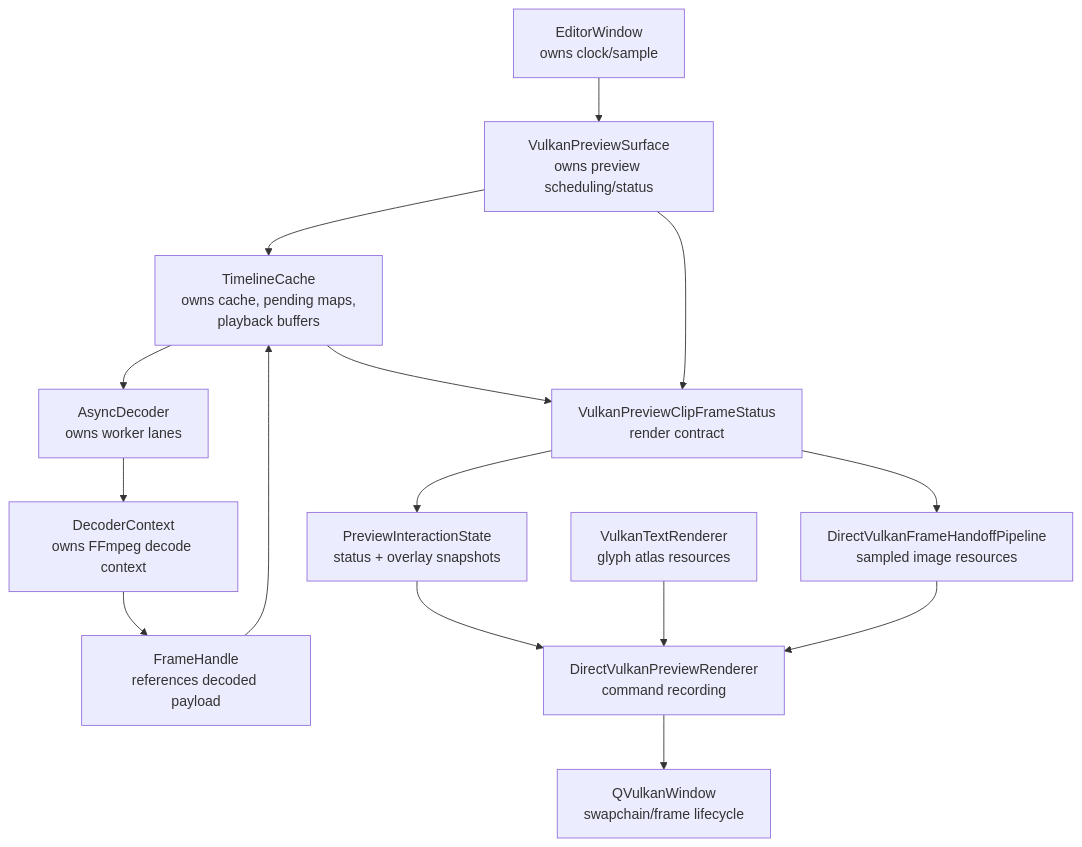
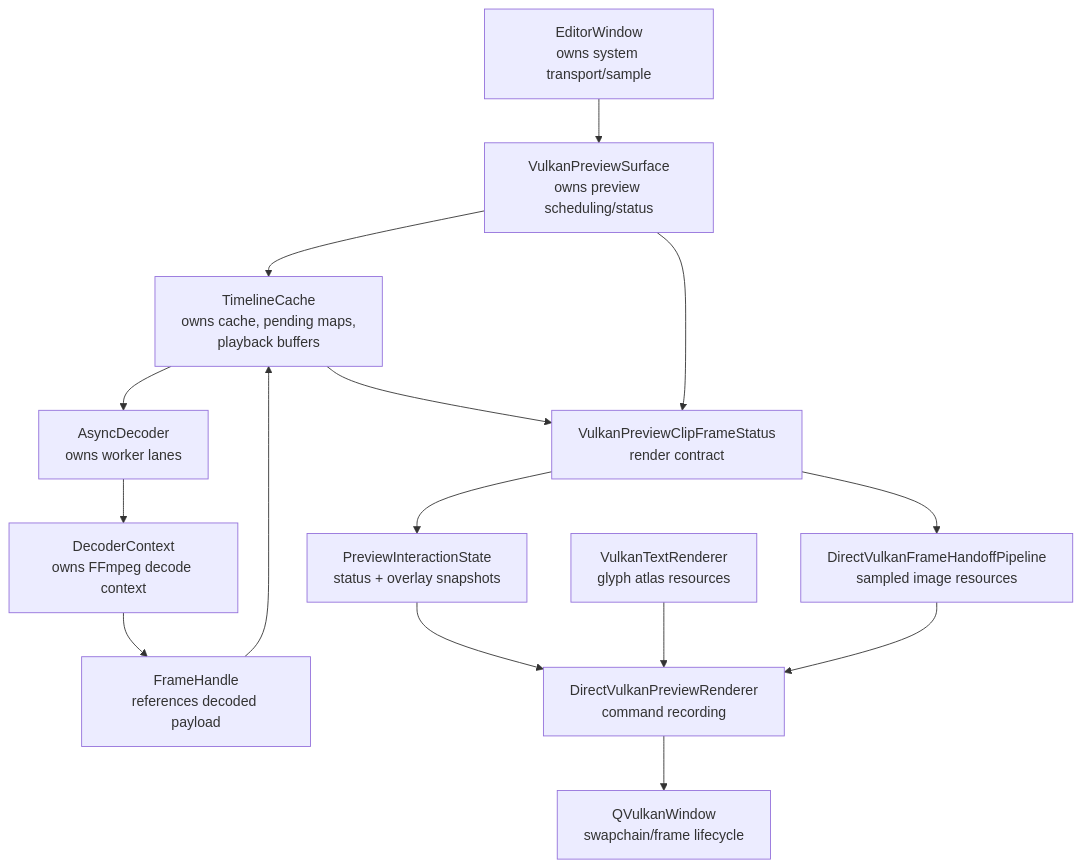
One commit to juliancoy/JCut changed the first of 2 diagrams in synchronization.md. Above: the diagram before and after it, drawn with Mermaid. The commit also changed other lines of this file and 47 other files, not shown here.

````diff
--- a/synchronization.md
+++ b/synchronization.md
@@ -488,30 +489,30 @@
 ```mermaid
 flowchart TD
-    Editor["EditorWindow\nowns clock/sample"]
+    Editor["EditorWindow\nowns system transport/sample"]
     Surface["VulkanPreviewSurface\nowns preview scheduling/status"]
     Cache["TimelineCache\nowns cache, pending maps,\nplayback buffers"]
     Decoder["AsyncDecoder\nowns worker lanes"]
     Context["DecoderContext\nowns FFmpeg decode context"]
     Frame["FrameHandle\nreferences decoded payload"]
     Status["VulkanPreviewClipFrameStatus\nrender contract"]
     State["PreviewInteractionState\nstatus + overlay snapshots"]
     Handoff["DirectVulkanFrameHandoffPipeline\nsampled image resources"]
     Text["VulkanTextRenderer\nglyph atlas resources"]
     Renderer["DirectVulkanPreviewRenderer\ncommand recording"]
     Window["QVulkanWindow\nswapchain/frame lifecycle"]
 
     Editor --> Surface
     Surface --> Cache
     Cache --> Decoder
     Decoder --> Context
     Context --> Frame
     Frame --> Cache
     Cache --> Status
     Surface --> Status
     Status --> State
     State --> Renderer
     Status --> Handoff
     Text --> Renderer
     Handoff --> Renderer
     Renderer --> Window
 ```
````
